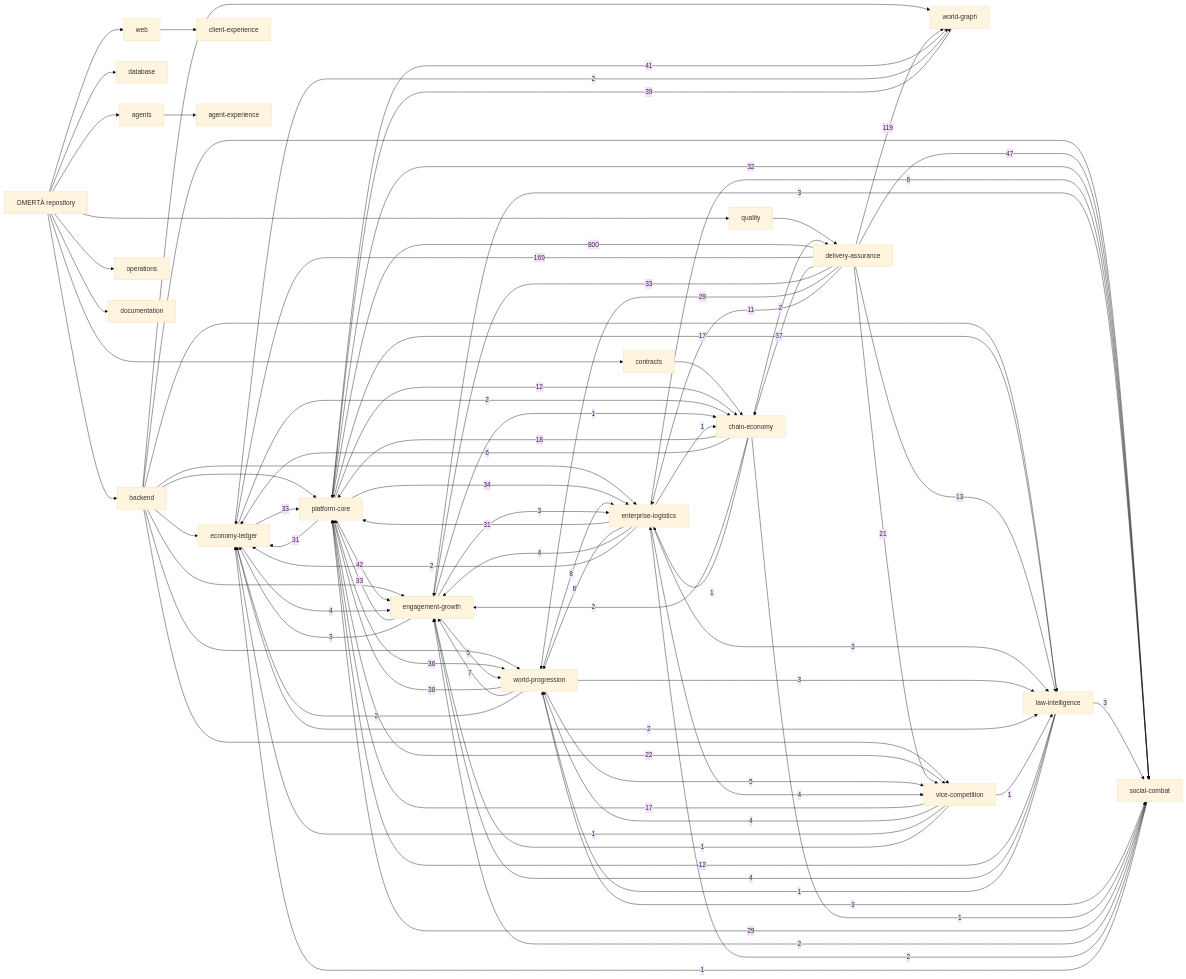
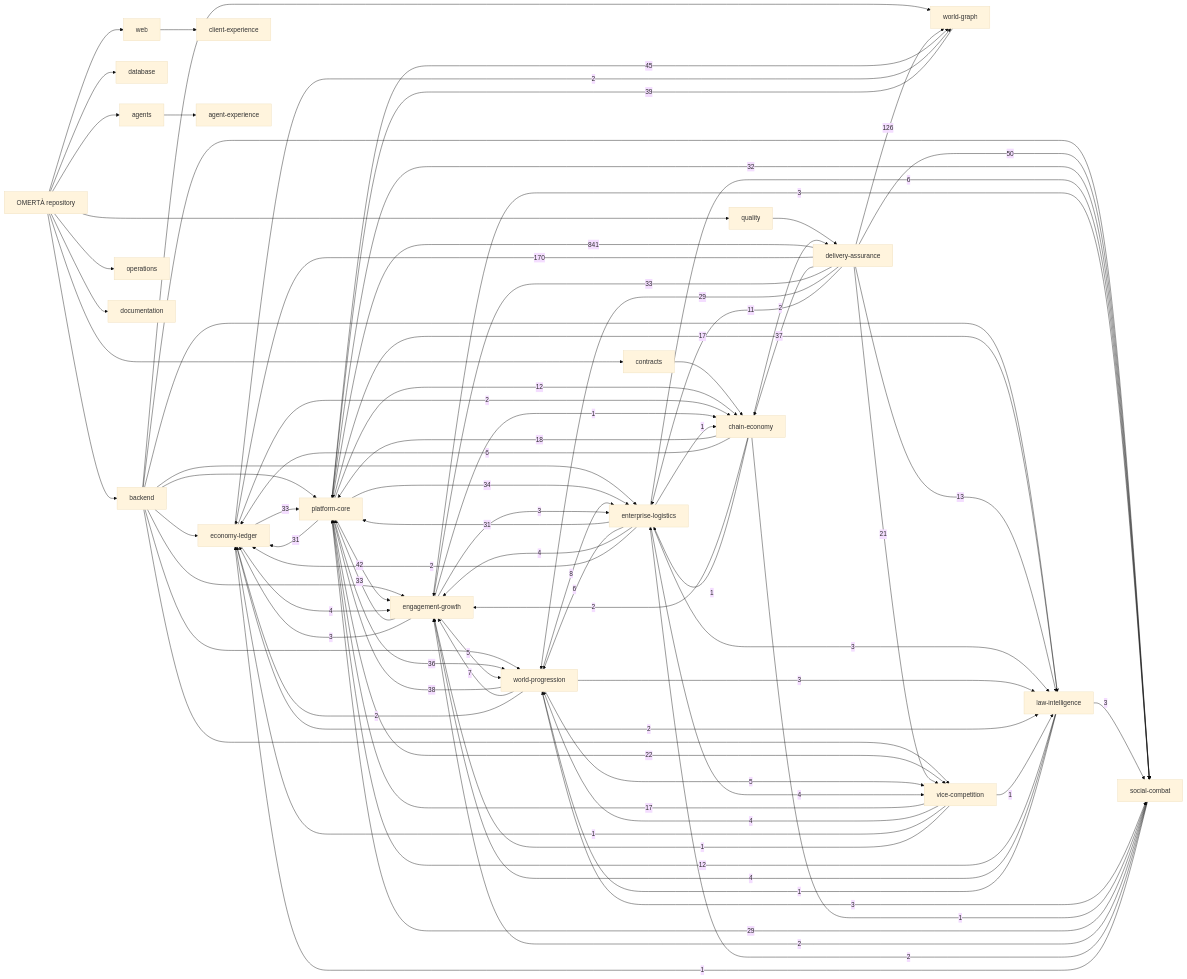
One commit to OmertaDev/Omerta changed the diagram in knowledge/generated/graph.mmd. Above: the diagram before and after it, drawn with Mermaid (base theme). The commit also changed 8 other files, not shown here.

```diff
--- a/knowledge/generated/graph.mmd
+++ b/knowledge/generated/graph.mmd
@@ -1,109 +1,109 @@
 flowchart LR
   repo["OMERTÀ repository"]
   sub_backend["backend"]
   repo --> sub_backend
   sub_database["database"]
   repo --> sub_database
   sub_web["web"]
   repo --> sub_web
   sub_contracts["contracts"]
   repo --> sub_contracts
   sub_agents["agents"]
   repo --> sub_agents
   sub_quality["quality"]
   repo --> sub_quality
   sub_operations["operations"]
   repo --> sub_operations
   sub_documentation["documentation"]
   repo --> sub_documentation
   dom_platform-core["platform-core"]
   dom_economy-ledger["economy-ledger"]
   dom_social-combat["social-combat"]
   dom_world-progression["world-progression"]
   dom_world-graph["world-graph"]
   dom_enterprise-logistics["enterprise-logistics"]
   dom_vice-competition["vice-competition"]
   dom_law-intelligence["law-intelligence"]
   dom_chain-economy["chain-economy"]
   dom_engagement-growth["engagement-growth"]
   dom_client-experience["client-experience"]
   dom_agent-experience["agent-experience"]
   dom_delivery-assurance["delivery-assurance"]
   sub_agents --> dom_agent-experience
   sub_backend --> dom_economy-ledger
   sub_backend --> dom_engagement-growth
   sub_backend --> dom_enterprise-logistics
   sub_backend --> dom_law-intelligence
   sub_backend --> dom_platform-core
   sub_backend --> dom_social-combat
   sub_backend --> dom_vice-competition
   sub_backend --> dom_world-graph
   sub_backend --> dom_world-progression
   sub_contracts --> dom_chain-economy
   sub_quality --> dom_delivery-assurance
   sub_web --> dom_client-experience
-  dom_delivery-assurance -->|800| dom_platform-core
-  dom_delivery-assurance -->|169| dom_economy-ledger
-  dom_delivery-assurance -->|119| dom_world-graph
-  dom_delivery-assurance -->|47| dom_social-combat
+  dom_delivery-assurance -->|841| dom_platform-core
+  dom_delivery-assurance -->|170| dom_economy-ledger
+  dom_delivery-assurance -->|126| dom_world-graph
+  dom_delivery-assurance -->|50| dom_social-combat
+  dom_platform-core -->|45| dom_world-graph
   dom_platform-core -->|42| dom_engagement-growth
-  dom_platform-core -->|41| dom_world-graph
   dom_world-graph -->|39| dom_platform-core
   dom_world-progression -->|38| dom_platform-core
   dom_delivery-assurance -->|37| dom_chain-economy
   dom_platform-core -->|36| dom_world-progression
   dom_platform-core -->|34| dom_enterprise-logistics
   dom_delivery-assurance -->|33| dom_engagement-growth
   dom_economy-ledger -->|33| dom_platform-core
   dom_engagement-growth -->|33| dom_platform-core
   dom_platform-core -->|32| dom_social-combat
   dom_enterprise-logistics -->|31| dom_platform-core
   dom_platform-core -->|31| dom_economy-ledger
   dom_delivery-assurance -->|29| dom_world-progression
   dom_social-combat -->|29| dom_platform-core
   dom_platform-core -->|22| dom_vice-competition
   dom_delivery-assurance -->|21| dom_vice-competition
   dom_chain-economy -->|18| dom_platform-core
   dom_platform-core -->|17| dom_law-intelligence
   dom_vice-competition -->|17| dom_platform-core
   dom_delivery-assurance -->|13| dom_law-intelligence
   dom_law-intelligence -->|12| dom_platform-core
   dom_platform-core -->|12| dom_chain-economy
   dom_delivery-assurance -->|11| dom_enterprise-logistics
   dom_world-progression -->|8| dom_enterprise-logistics
   dom_world-progression -->|7| dom_engagement-growth
   dom_chain-economy -->|6| dom_economy-ledger
   dom_enterprise-logistics -->|6| dom_social-combat
   dom_enterprise-logistics -->|6| dom_world-progression
   dom_engagement-growth -->|5| dom_world-progression
   dom_world-progression -->|5| dom_vice-competition
   dom_economy-ledger -->|4| dom_engagement-growth
   dom_enterprise-logistics -->|4| dom_engagement-growth
   dom_enterprise-logistics -->|4| dom_vice-competition
   dom_law-intelligence -->|4| dom_engagement-growth
   dom_vice-competition -->|4| dom_world-progression
   dom_engagement-growth -->|3| dom_economy-ledger
   dom_engagement-growth -->|3| dom_enterprise-logistics
   dom_engagement-growth -->|3| dom_social-combat
   dom_enterprise-logistics -->|3| dom_law-intelligence
   dom_law-intelligence -->|3| dom_social-combat
   dom_world-progression -->|3| dom_law-intelligence
   dom_world-progression -->|3| dom_social-combat
   dom_chain-economy -->|2| dom_delivery-assurance
   dom_chain-economy -->|2| dom_engagement-growth
   dom_economy-ledger -->|2| dom_chain-economy
   dom_economy-ledger -->|2| dom_law-intelligence
   dom_economy-ledger -->|2| dom_world-graph
   dom_enterprise-logistics -->|2| dom_economy-ledger
   dom_social-combat -->|2| dom_engagement-growth
   dom_social-combat -->|2| dom_enterprise-logistics
   dom_world-progression -->|2| dom_economy-ledger
   dom_chain-economy -->|1| dom_enterprise-logistics
   dom_chain-economy -->|1| dom_social-combat
   dom_engagement-growth -->|1| dom_chain-economy
   dom_enterprise-logistics -->|1| dom_chain-economy
   dom_law-intelligence -->|1| dom_world-progression
   dom_social-combat -->|1| dom_economy-ledger
   dom_vice-competition -->|1| dom_economy-ledger
   dom_vice-competition -->|1| dom_engagement-growth
   dom_vice-competition -->|1| dom_law-intelligence
```
